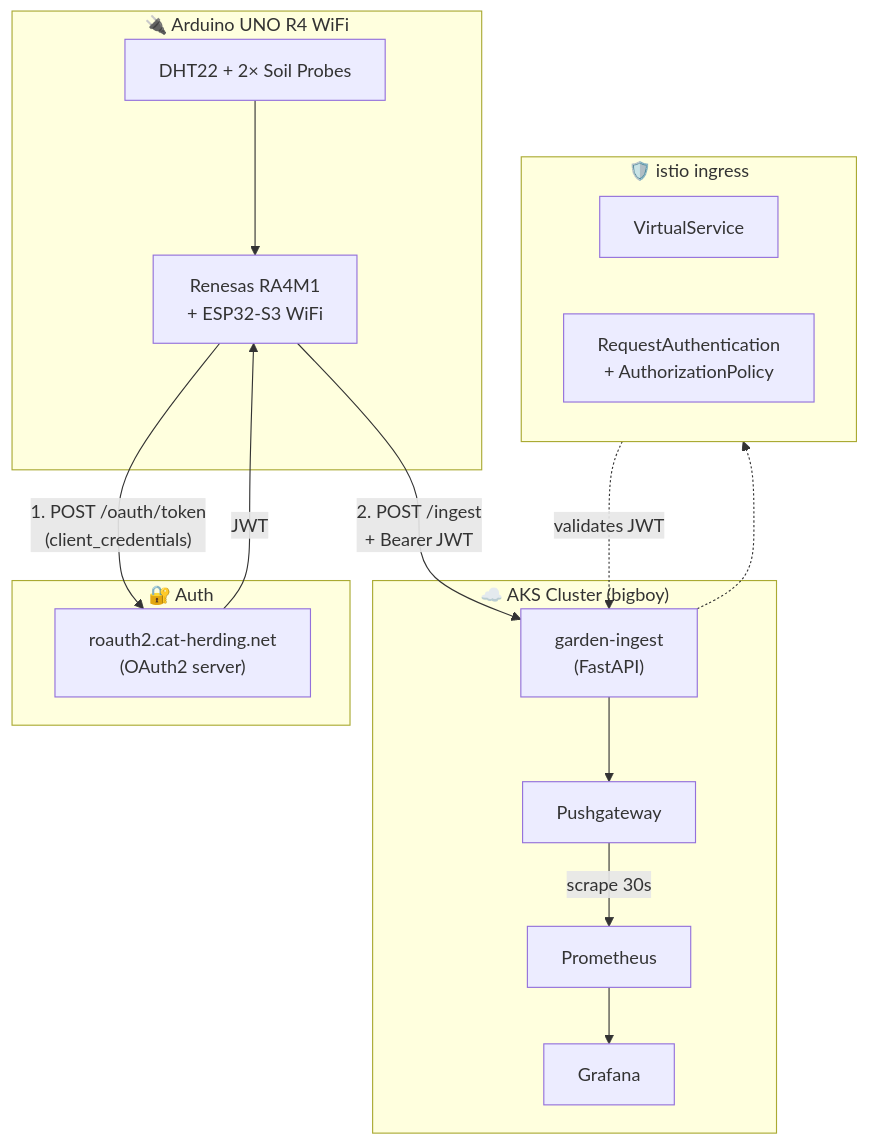
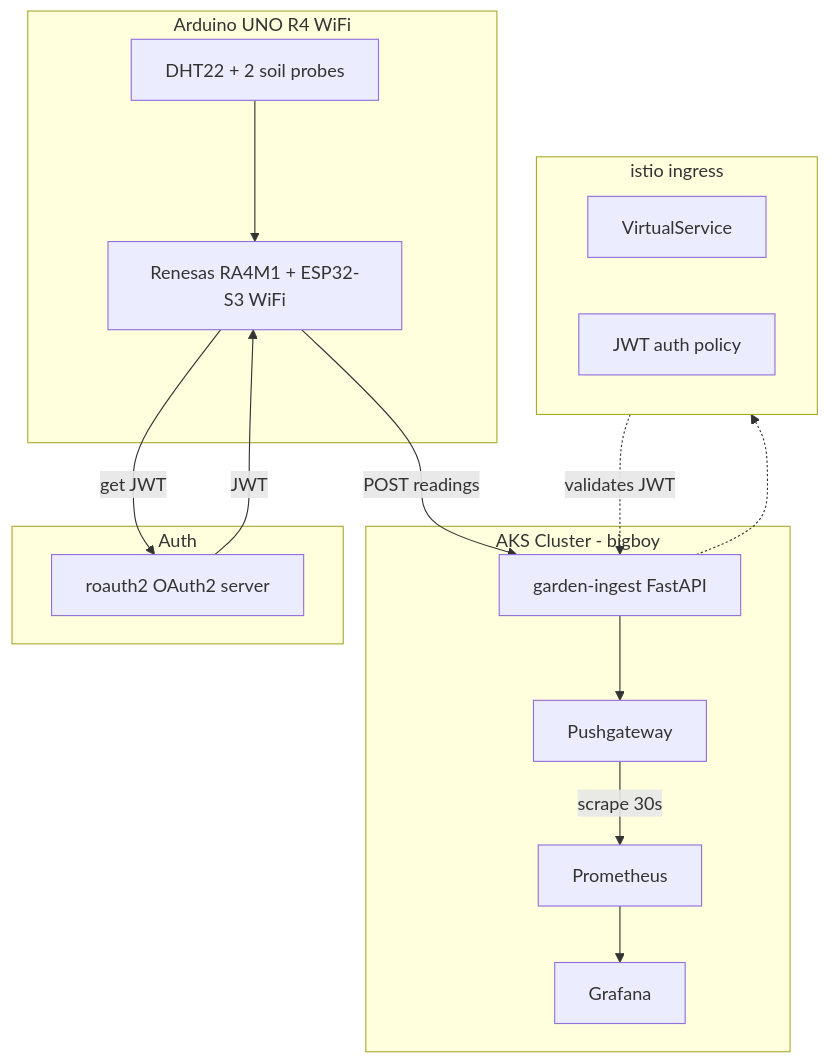
The first of 2 diagrams in src/content/blog/ai-garden-controller-arduino-prometheus-grafana.md (ianlintner/portfolio), drawn with Mermaid before and after one commit. The commit also changed other lines of this file, not shown here.

First line of the commit message:
fix: make garden post mermaid diagrams render

````diff
--- a/src/content/blog/ai-garden-controller-arduino-prometheus-grafana.md
+++ b/src/content/blog/ai-garden-controller-arduino-prometheus-grafana.md
@@ -77,34 +77,34 @@
 ```mermaid
 flowchart TD
-    subgraph Arduino["🔌 Arduino UNO R4 WiFi"]
-        SENSORS["DHT22 + 2× Soil Probes"]
-        MCU["Renesas RA4M1<br/>+ ESP32-S3 WiFi"]
+    subgraph Arduino["Arduino UNO R4 WiFi"]
+        SENSORS["DHT22 + 2 soil probes"]
+        MCU["Renesas RA4M1 + ESP32-S3 WiFi"]
         SENSORS --> MCU
     end
 
-    subgraph Cloud["☁️ AKS Cluster (bigboy)"]
-        INGEST["garden-ingest<br/>(FastAPI)"]
+    subgraph Cloud["AKS Cluster - bigboy"]
+        INGEST["garden-ingest FastAPI"]
         PGW["Pushgateway"]
         PROM["Prometheus"]
         GRAFANA["Grafana"]
         INGEST --> PGW
-        PGW -->|"scrape 30s"| PROM
+        PGW -->|scrape 30s| PROM
         PROM --> GRAFANA
     end
 
-    subgraph Auth["🔐 Auth"]
-        ROAUTH["roauth2.cat-herding.net<br/>(OAuth2 server)"]
+    subgraph Auth["Auth"]
+        ROAUTH["roauth2 OAuth2 server"]
     end
 
-    MCU -->|"1. POST /oauth/token<br/>(client_credentials)"| ROAUTH
-    ROAUTH -->|"JWT"| MCU
-    MCU -->|"2. POST /ingest<br/>+ Bearer JWT"| INGEST
+    MCU -->|get JWT| ROAUTH
+    ROAUTH -->|JWT| MCU
+    MCU -->|POST readings| INGEST
 
-    subgraph Gateway["🛡️ istio ingress"]
+    subgraph Gateway["istio ingress"]
         VS["VirtualService"]
-        JWT["RequestAuthentication<br/>+ AuthorizationPolicy"]
+        JWT["JWT auth policy"]
     end
 
     INGEST -.-> Gateway
-    Gateway -.->|"validates JWT"| INGEST
+    Gateway -.->|validates JWT| INGEST
 ```
````
